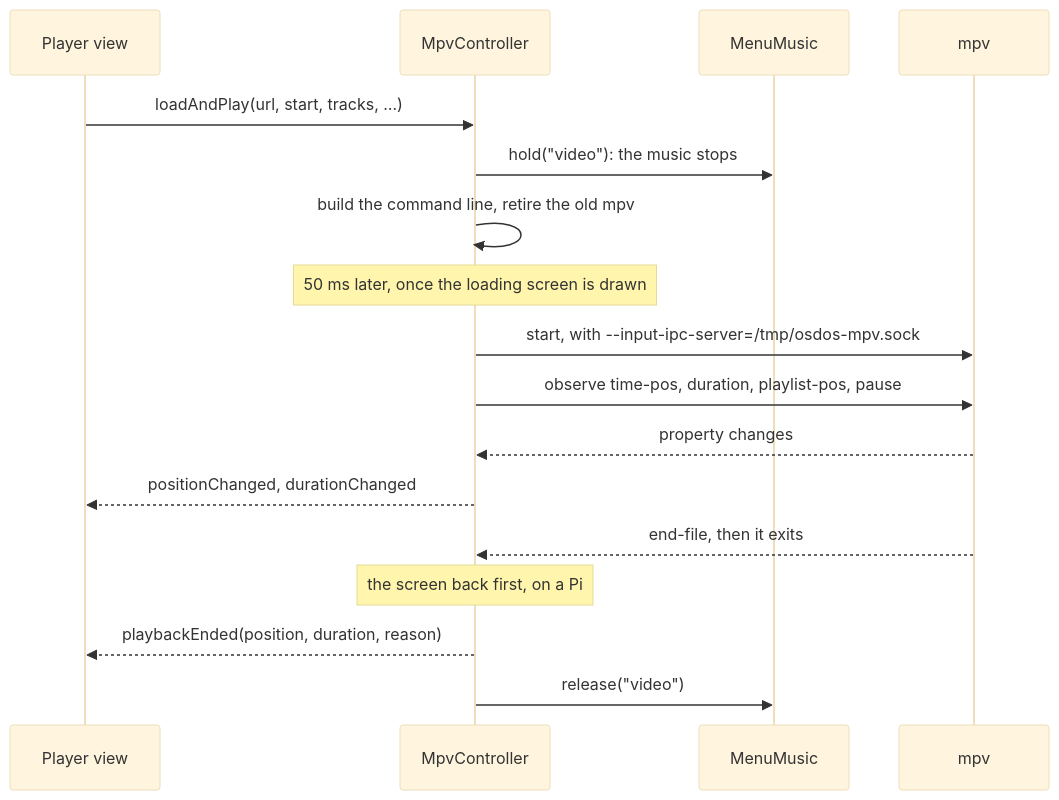
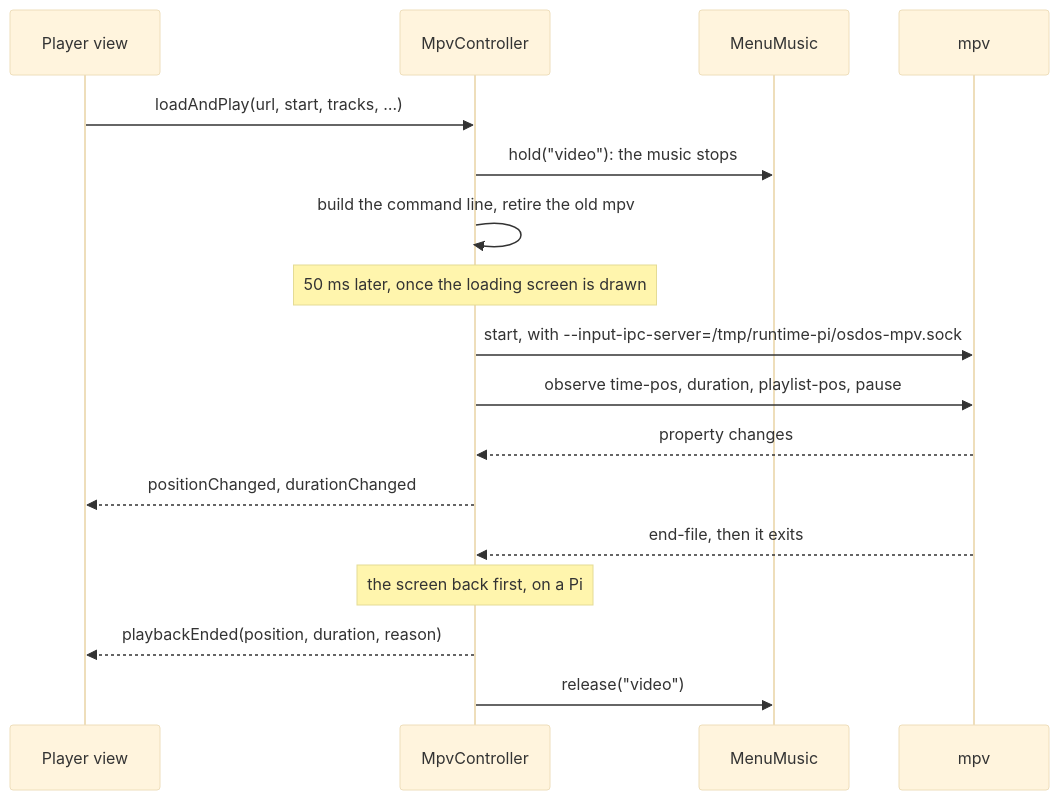
One commit to mehmetraif/OSD-OS changed the fifth of 7 diagrams in docs/wiki/How-It-Works.md. Above: the diagram before and after it, drawn with Mermaid (base theme). The commit also changed other lines of this file and 24 other files, not shown here.

````diff
--- a/docs/wiki/How-It-Works.md
+++ b/docs/wiki/How-It-Works.md
@@ -228,19 +228,19 @@
 ```mermaid
 sequenceDiagram
     participant V as Player view
     participant M as MpvController
     participant MM as MenuMusic
     participant X as mpv
     V->>M: loadAndPlay(url, start, tracks, …)
     M->>MM: hold("video"): the music stops
     M->>M: build the command line, retire the old mpv
     Note over M: 50 ms later, once the loading screen is drawn
-    M->>X: start, with --input-ipc-server=/tmp/osdos-mpv.sock
+    M->>X: start, with --input-ipc-server=/tmp/runtime-pi/osdos-mpv.sock
     M->>X: observe time-pos, duration, playlist-pos, pause
     X-->>M: property changes
     M-->>V: positionChanged, durationChanged
     X-->>M: end-file, then it exits
     Note over M: the screen back first, on a Pi
     M-->>V: playbackEnded(position, duration, reason)
     M->>MM: release("video")
 ```
````
